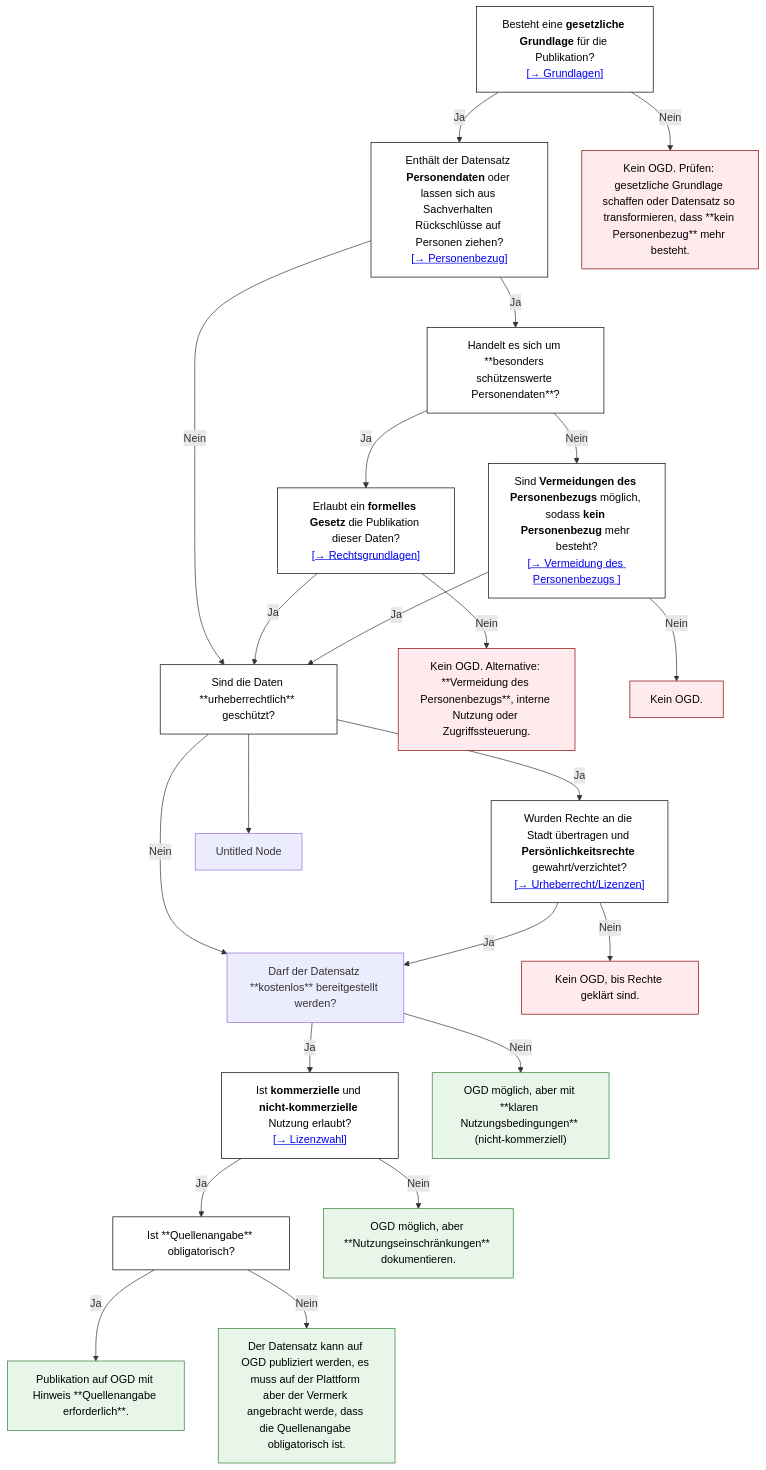
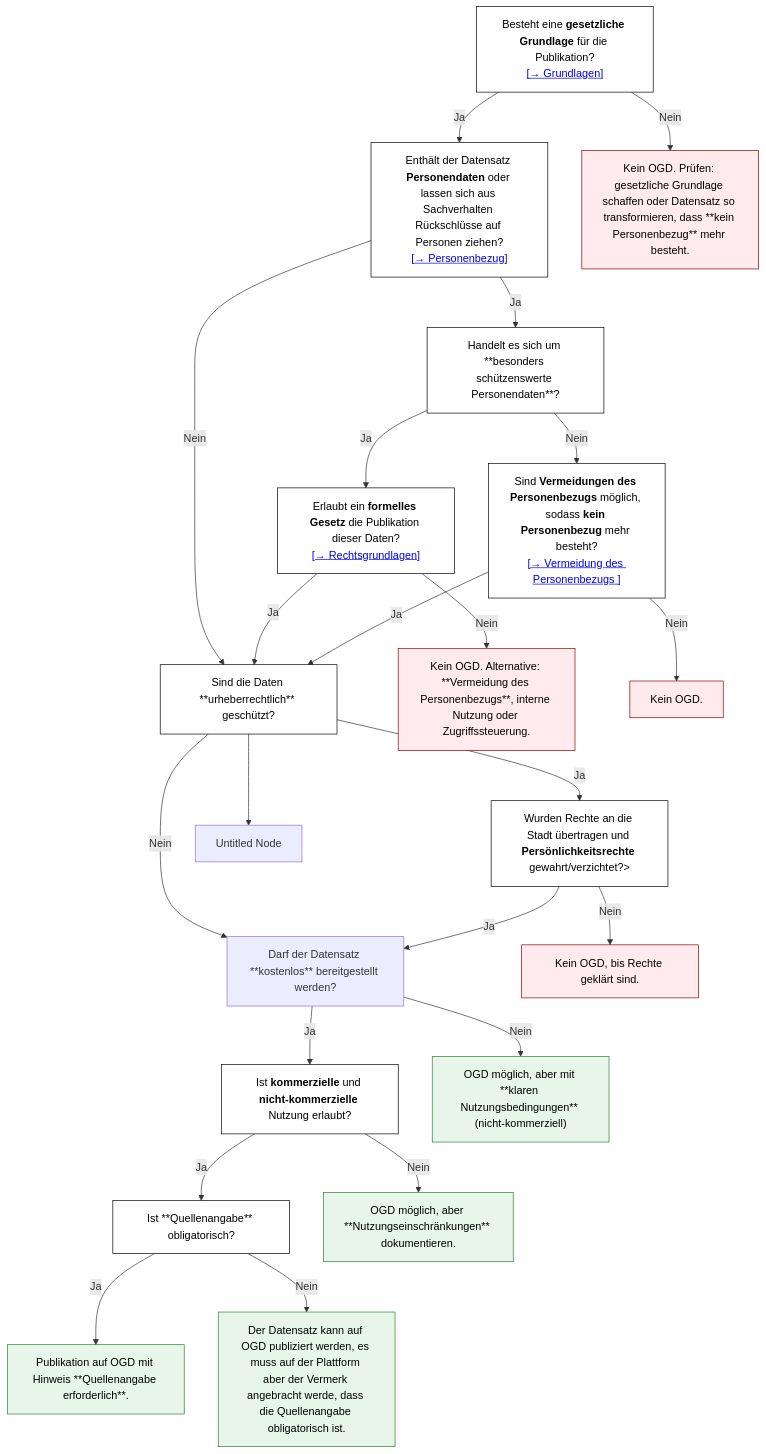
Before and after one commit to ebp-group/225348-Winterthur-OGD-Docs: the diagram in docs/datenschutz-hilfsmittel/index.md, drawn with Mermaid. The commit also changed other lines of this file and 4 other files, not shown here.

````diff
--- a/docs/datenschutz-hilfsmittel/index.md
+++ b/docs/datenschutz-hilfsmittel/index.md
@@ -14,48 +9,48 @@
 ```mermaid
 ---
 config:
   layout: dagre
 ---
 flowchart TD
     A@{ label: "Besteht eine **gesetzliche Grundlage** für die Publikation?<br><a href=\"https://ebp-group.github.io/225348-Winterthur-OGD-Docs/datenschutz-hilfsmittel/grundlagen\">[→ Grundlagen]</a>" } -- Ja --> B@{ label: "Enthält der Datensatz **Personendaten** oder lassen sich aus Sachverhalten Rückschlüsse auf Personen ziehen?<br><a href=\"https://ebp-group.github.io/225348-Winterthur-OGD-Docs/datenschutz-hilfsmittel/was-ist-personenbezug\">[→ Personenbezug]</a>" }
     A -- Nein --> X1["Kein OGD. Prüfen: gesetzliche Grundlage schaffen oder Datensatz so transformieren, dass **kein Personenbezug** mehr besteht."]
     B -- Nein --> C["Sind die Daten **urheberrechtlich** geschützt?"]
     B -- Ja --> D["Handelt es sich um **besonders schützenswerte Personendaten**?"]
     D -- Ja --> E@{ label: "Erlaubt ein **formelles Gesetz** die Publikation dieser Daten?<br><a href=\"https://ebp-group.github.io/225348-Winterthur-OGD-Docs/datenschutz-hilfsmittel/rechtsgrundlagen\">[→ Rechtsgrundlagen]</a>" }
     D -- Nein --> F@{ label: "Sind **Vermeidungen des Personenbezugs** möglich, sodass **kein Personenbezug** mehr besteht?<br><a href=\"https://ebp-group.github.io/225348-Winterthur-OGD-Docs/datenschutz-hilfsmittel/vermeidung\">[→ Vermeidung des Personenbezugs ]</a>" }
     E -- Ja --> C
     E -- Nein --> X2["Kein OGD. Alternative: **Vermeidung des Personenbezugs**, interne Nutzung oder Zugriffssteuerung."]
     F -- Ja --> C
     F -- Nein --> X3["Kein OGD."]
-    C -- Ja --> G@{ label: "Wurden Rechte an die Stadt übertragen und **Persönlichkeitsrechte** gewahrt/verzichtet?<br><a href=\"https://ebp-group.github.io/225348-Winterthur-OGD-Docs/datenschutz-hilfsmittel/urheberrecht-lizenzen\">[→ Urheberrecht/Lizenzen]</a>" }
+    C -- Ja --> G@{ label: "Wurden Rechte an die Stadt übertragen und **Persönlichkeitsrechte** gewahrt/verzichtet?>" }
     C -- Nein --> H["Darf der Datensatz **kostenlos** bereitgestellt werden?"]
     G -- Ja --> H
     G -- Nein --> X4["Kein OGD, bis Rechte geklärt sind."]
-    H -- Ja --> I@{ label: "Ist **kommerzielle** und **nicht-kommerzielle** Nutzung erlaubt?<br><a href=\"https://ebp-group.github.io/225348-Winterthur-OGD-Docs/datenschutz-hilfsmittel/lizenzauswahl\">[→ Lizenzwahl]</a>" }
+    H -- Ja --> I@{ label: "Ist **kommerzielle** und **nicht-kommerzielle** Nutzung erlaubt?" }
     H -- Nein --> Y1["OGD möglich, aber mit **klaren Nutzungsbedingungen** (nicht-kommerziell)"]
     I -- Ja --> J["Ist **Quellenangabe** obligatorisch?"]
     I -- Nein --> Y2["OGD möglich, aber **Nutzungseinschränkungen** dokumentieren."]
     J -- Ja --> Z2["Publikation auf OGD mit Hinweis **Quellenangabe erforderlich**."]
     J -- Nein --> Z1["Der Datensatz kann auf OGD publiziert werden, es muss auf der Plattform aber der Vermerk angebracht werde, dass die Quellenangabe obligatorisch ist."]
     C --> n1["Untitled Node"]
     A@{ shape: rect}
     B@{ shape: rect}
     E@{ shape: rect}
     F@{ shape: rect}
     G@{ shape: rect}
     I@{ shape: rect}
      X1:::stop
      X2:::stop
      X3:::stop
      X4:::stop
      Y1:::ok
      Y2:::ok
      Z2:::ok
      Z1:::ok
     classDef ok fill:#e8f5e9,stroke:#2e7d32,color:#000
     classDef warn fill:#ffffff,stroke:#9e9e9e,color:#000
     classDef stop fill:#ffebee,stroke:#8b0000,color:#000
     classDef neutral fill:#ffffff,stroke:#000,color:#000
 
     class A,B,C,D,E,F,G,I,J neutral
 ```
````
